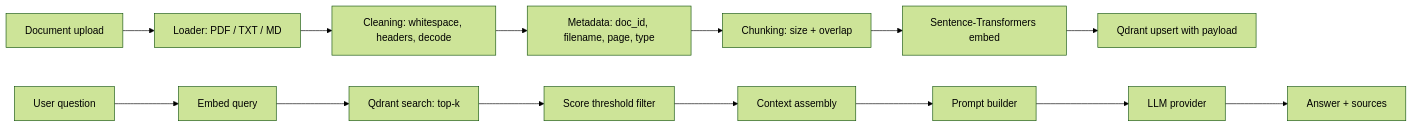
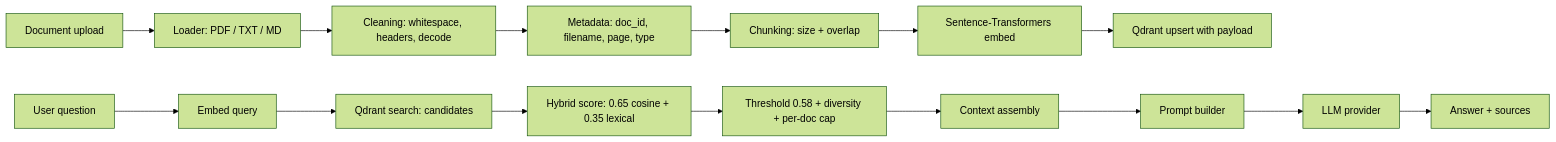
The second of 4 diagrams in docs/ARCHITECTURE.md (suryansh24-coder/HR-RAG-), drawn with Mermaid (forest theme) before and after one commit. The commit also changed other lines of this file and 62 other files, not shown here.

````diff
--- a/docs/ARCHITECTURE.md
+++ b/docs/ARCHITECTURE.md
@@ -130,17 +143,18 @@
 ```mermaid
 flowchart LR
     A[Document upload] --> B[Loader: PDF / TXT / MD]
     B --> C[Cleaning: whitespace, headers, decode]
     C --> D[Metadata: doc_id, filename, page, type]
     D --> E[Chunking: size + overlap]
     E --> F[Sentence-Transformers embed]
     F --> G[Qdrant upsert with payload]
 
     H[User question] --> I[Embed query]
-    I --> J[Qdrant search: top-k]
-    J --> K[Score threshold filter]
-    K --> L[Context assembly]
-    L --> M[Prompt builder]
-    M --> N[LLM provider]
-    N --> O[Answer + sources]
+    I --> J[Qdrant search: candidates]
+    J --> K[Hybrid score: 0.65 cosine + 0.35 lexical]
+    K --> L[Threshold 0.58 + diversity + per-doc cap]
+    L --> M[Context assembly]
+    M --> N[Prompt builder]
+    N --> O[LLM provider]
+    O --> P[Answer + sources]
 ```
````
